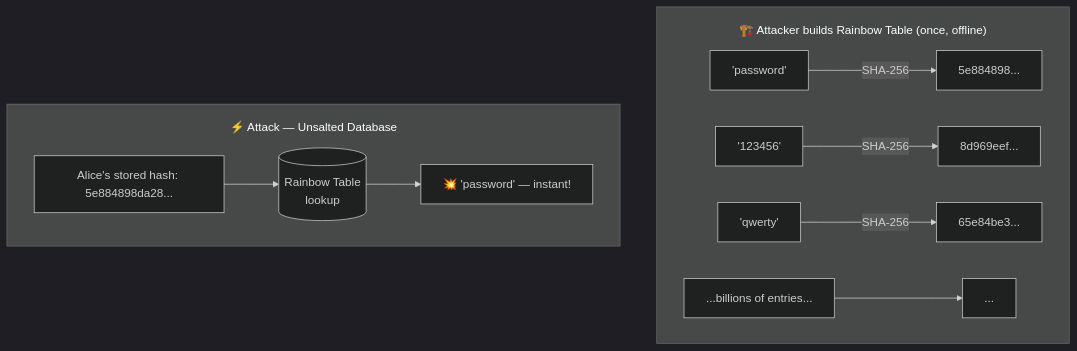
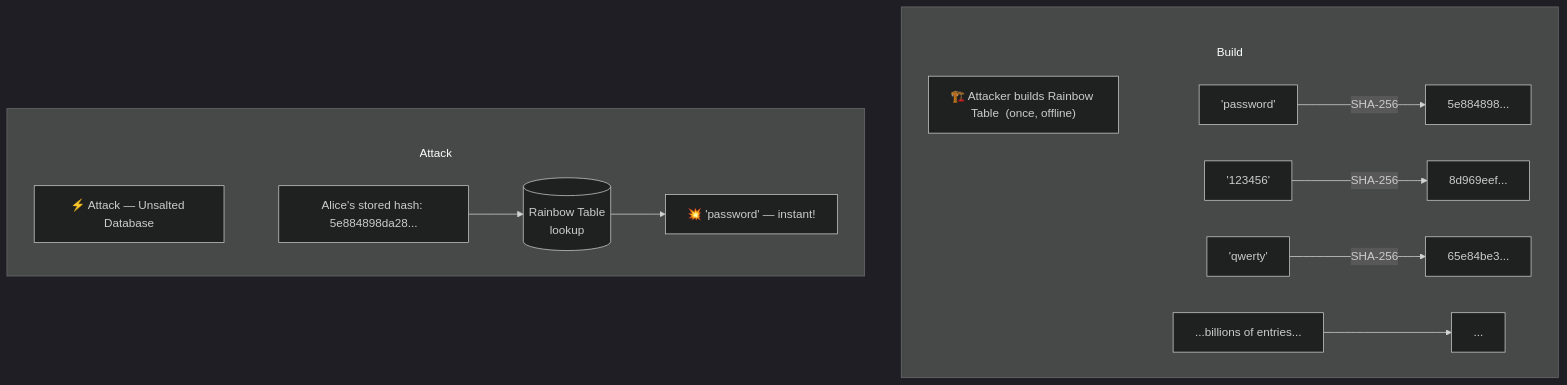
The seventh of 9 diagrams in src/main/java/security/attacks/README.md (csoares/SecurityJava), drawn with Mermaid (dark theme) before and after one commit. The commit also changed other lines of this file and 11 other files, not shown here.

Commit message:
Fix Mermaid subgraph title overlap by moving labels into title nodes Replace subgraph label syntax (which overlaps first node) with explicit title nodes inside each subgraph, connected via invisible edges (~~~). Also increase subGraphTitleMargin top padding from 20 to 50 for extra space.

````diff
--- a/src/main/java/security/attacks/README.md
+++ b/src/main/java/security/attacks/README.md
@@ -134,16 +144,20 @@
 ```mermaid
-%%{init: {'flowchart': {'subGraphTitleMargin': {'top': 20, 'bottom': 5}}}}%%
+%%{init: {'flowchart': {'subGraphTitleMargin': {'top': 50, 'bottom': 10}}}}%%
 flowchart TD
-    subgraph Build ["🏗️ Attacker builds Rainbow Table  (once, offline)"]
+    subgraph Build
+        T_Build["🏗️ Attacker builds Rainbow Table  (once, offline)"]
+        T_Build ~~~ PW1
         PW1["'password'"] -->|"SHA-256"| H1["5e884898..."]
         PW2["'123456'"]   -->|"SHA-256"| H2["8d969eef..."]
         PW3["'qwerty'"]   -->|"SHA-256"| H3["65e84be3..."]
         PW4["...billions of entries..."] --> H4["..."]
     end
 
-    subgraph Attack ["⚡ Attack — Unsalted Database"]
+    subgraph Attack
+        T_Attack["⚡ Attack — Unsalted Database"]
+        T_Attack ~~~ STOLEN
         STOLEN["Alice's stored hash: 5e884898da28..."]
         LOOKUP[("Rainbow Table<br/>lookup")]
         STOLEN --> LOOKUP --> FOUND["💥 'password' — instant!"]
     end
 ```
````
